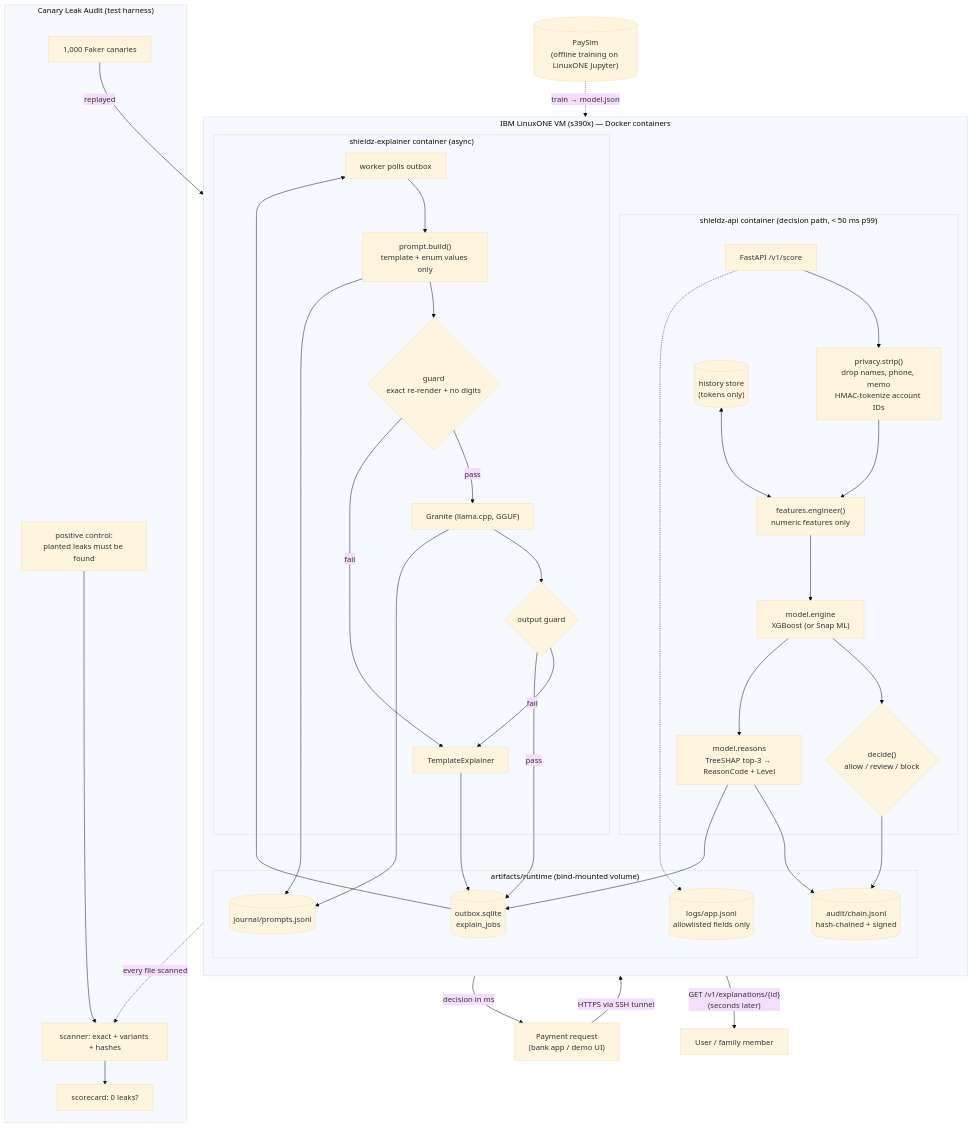
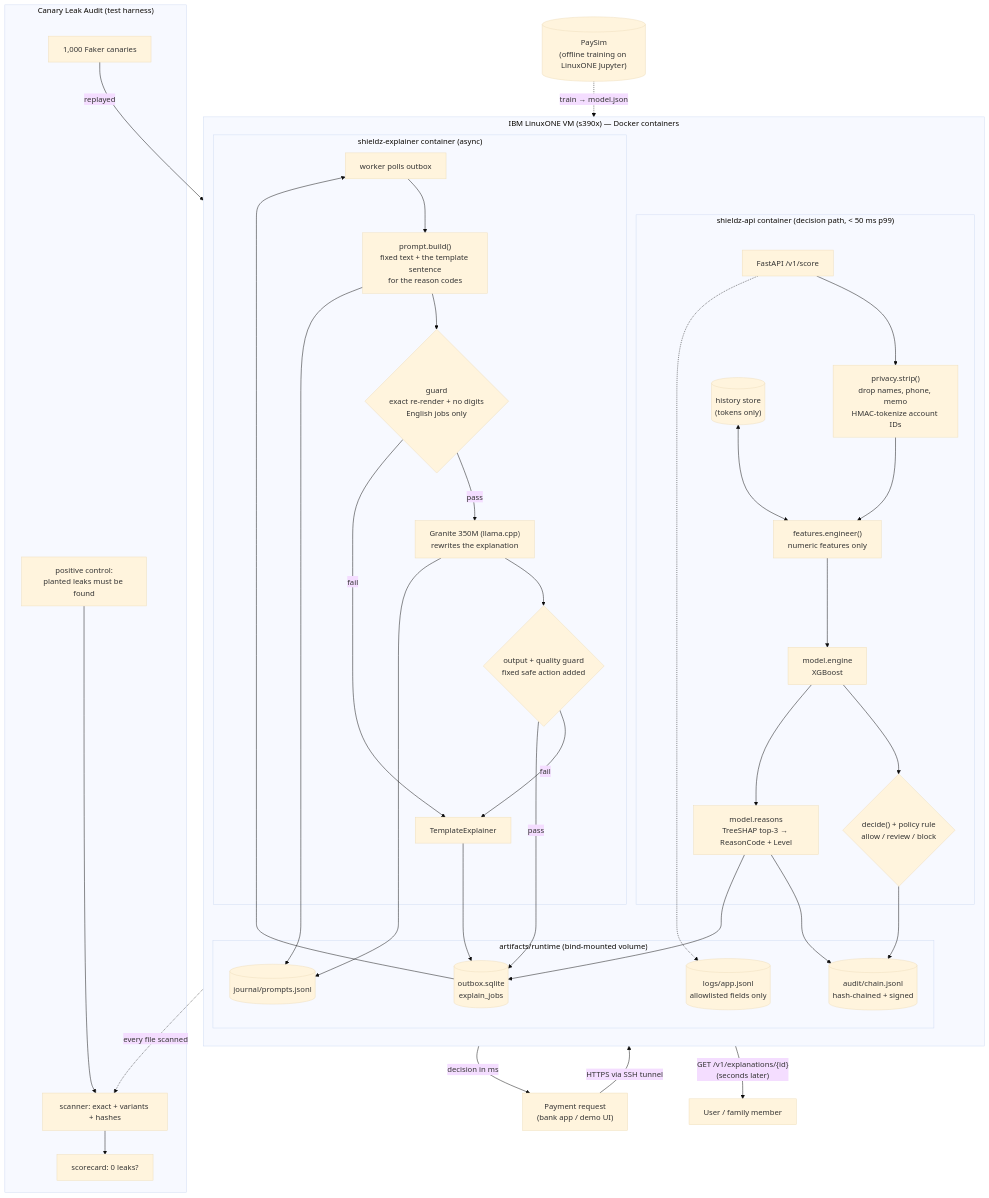
The diagram in docs/ARCHITECTURE.md (doublerook777/ShieldZ), drawn with Mermaid (base theme) before and after one commit. The commit also changed other lines of this file and 3 other files, not shown here.

Commit message:
docs: keep only ARCHITECTURE.md and results/ besides the README; update ARCHITECTURE.md to the system as built (policy rule, rewrite prompt, quality guard, file tree, honest IBM Z section, no dead links)

````diff
--- a/docs/ARCHITECTURE.md
+++ b/docs/ARCHITECTURE.md
@@ -24,55 +24,55 @@
 ```mermaid
 flowchart TD
     U["Payment request<br/>(bank app / demo UI)"] -->|"HTTPS via SSH tunnel"| API
 
     subgraph Z["IBM LinuxONE VM (s390x) — Docker containers"]
         direction TB
 
         subgraph SYNC["shieldz-api container (decision path, < 50 ms p99)"]
             API["FastAPI /v1/score"] --> STRIP["privacy.strip()<br/>drop names, phone, memo<br/>HMAC-tokenize account IDs"]
             STRIP --> FEAT["features.engineer()<br/>numeric features only"]
             HIST[("history store<br/>(tokens only)")] <--> FEAT
-            FEAT --> ENG["model.engine<br/>XGBoost (or Snap ML)"]
-            ENG --> DEC{"decide()<br/>allow / review / block"}
+            FEAT --> ENG["model.engine<br/>XGBoost"]
+            ENG --> DEC{"decide() + policy rule<br/>allow / review / block"}
             ENG --> RSN["model.reasons<br/>TreeSHAP top-3 → ReasonCode + Level"]
         end
 
         subgraph STORE["artifacts/runtime (bind-mounted volume)"]
             OUT[("outbox.sqlite<br/>explain_jobs")]
             AUD[("audit/chain.jsonl<br/>hash-chained + signed")]
             LOGS[("logs/app.jsonl<br/>allowlisted fields only")]
             JRN[("journal/prompts.jsonl")]
         end
 
         subgraph ASYNC["shieldz-explainer container (async)"]
-            W["worker polls outbox"] --> PB["prompt.build()<br/>template + enum values only"]
-            PB --> G{"guard<br/>exact re-render + no digits"}
-            G -->|"pass"| LLM["Granite (llama.cpp, GGUF)"]
+            W["worker polls outbox"] --> PB["prompt.build()<br/>fixed text + the template sentence<br/>for the reason codes"]
+            PB --> G{"guard<br/>exact re-render + no digits<br/>English jobs only"}
+            G -->|"pass"| LLM["Granite 350M (llama.cpp)<br/>rewrites the explanation"]
             G -->|"fail"| TPL["TemplateExplainer"]
-            LLM --> OG{"output guard"}
+            LLM --> OG{"output + quality guard<br/>fixed safe action added"}
             OG -->|"fail"| TPL
         end
 
         DEC --> AUD
         RSN --> AUD
         RSN --> OUT
         OUT --> W
         PB --> JRN
         LLM --> JRN
         OG -->|"pass"| OUT
         TPL --> OUT
         API -.-> LOGS
     end
 
     DEC -->|"decision in ms"| U
     OUT -->|"GET /v1/explanations/{id}<br/>(seconds later)"| V["User / family member"]
 
     subgraph LA["Canary Leak Audit (test harness)"]
         CAN["1,000 Faker canaries"] -->|"replayed"| API
         SCAN["scanner: exact + variants + hashes"] --> CARD["scorecard: 0 leaks?"]
         PC["positive control:<br/>planted leaks must be found"] --> SCAN
     end
     STORE -. "every file scanned" .-> SCAN
 
     TR[("PaySim<br/>(offline training on LinuxONE Jupyter)")] -. "train → model.json" .-> ENG
 ```
````
